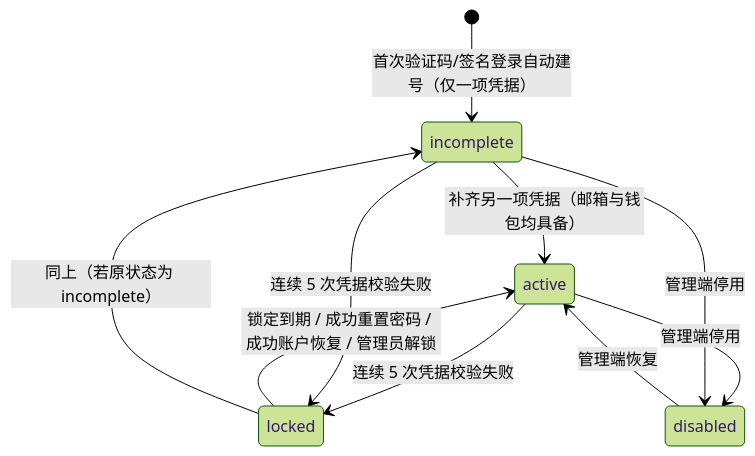
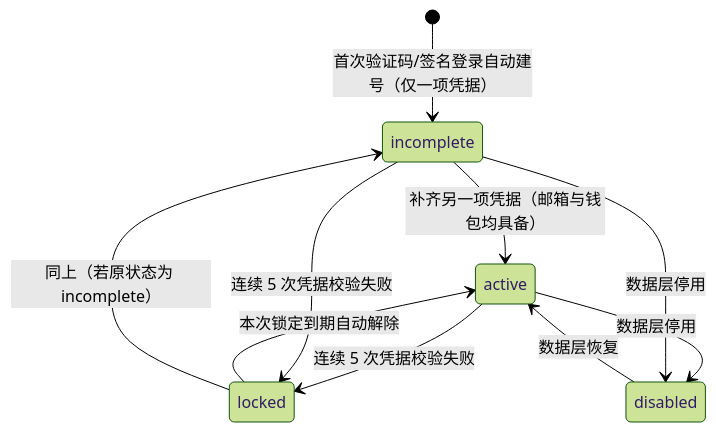
The sixth of 11 diagrams in prd/v1.0-账户与登录-PRD.md (wxblockchain/Chain-Financing), drawn with Mermaid (forest theme) before and after one commit. The commit also changed other lines of this file, not shown here.

````diff
--- a/prd/v1.0-账户与登录-PRD.md
+++ b/prd/v1.0-账户与登录-PRD.md
@@ -1197,12 +1205,12 @@
 ```mermaid
 stateDiagram-v2
     [*] --> incomplete: 首次验证码/签名登录自动建号（仅一项凭据）
     incomplete --> active: 补齐另一项凭据（邮箱与钱包均具备）
     active --> locked: 连续 5 次凭据校验失败
     incomplete --> locked: 连续 5 次凭据校验失败
-    locked --> active: 锁定到期 / 成功重置密码 / 成功账户恢复 / 管理员解锁
+    locked --> active: 本次锁定到期自动解除
     locked --> incomplete: 同上（若原状态为 incomplete）
-    active --> disabled: 管理端停用
-    incomplete --> disabled: 管理端停用
-    disabled --> active: 管理端恢复
+    active --> disabled: 数据层停用
+    incomplete --> disabled: 数据层停用
+    disabled --> active: 数据层恢复
 ```
````
